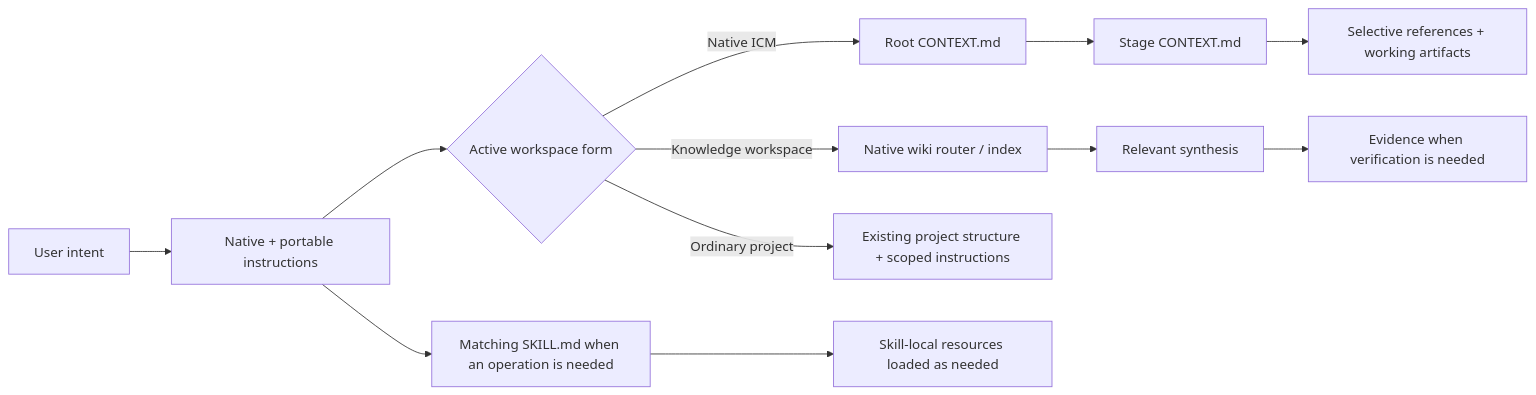
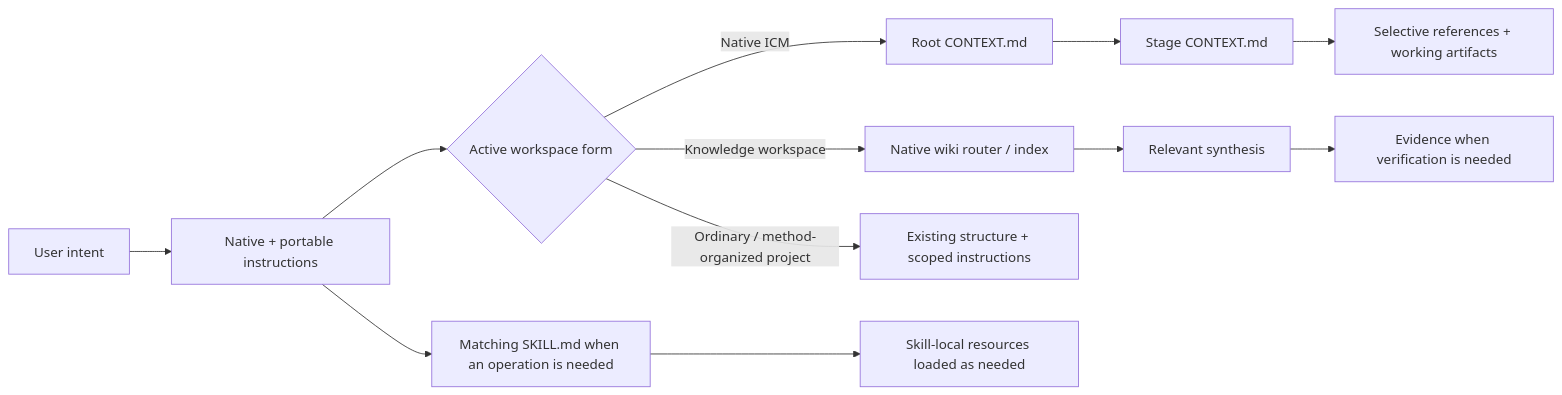
The third of 3 diagrams in docs/getting-started.md (yonasuriv/CCA), drawn with Mermaid before and after one commit. The commit also changed other lines of this file, not shown here.

Commit message:
Add PKM and method-overlay onboarding paths

````diff
--- a/docs/getting-started.md
+++ b/docs/getting-started.md
@@ -102,14 +168,14 @@
 ```mermaid
 flowchart LR
     U["User intent"] --> N["Native + portable instructions"]
     N --> P{"Active workspace form"}
     P -->|"Native ICM"| C["Root CONTEXT.md"]
     C --> S["Stage CONTEXT.md"]
     S --> X["Selective references + working artifacts"]
     P -->|"Knowledge workspace"| I["Native wiki router / index"]
     I --> W["Relevant synthesis"]
     W --> E["Evidence when verification is needed"]
-    P -->|"Ordinary project"| R["Existing project structure + scoped instructions"]
+    P -->|"Ordinary / method-organized project"| R["Existing structure + scoped instructions"]
     N --> K["Matching SKILL.md when an operation is needed"]
     K --> Q["Skill-local resources loaded as needed"]
 ```
````
